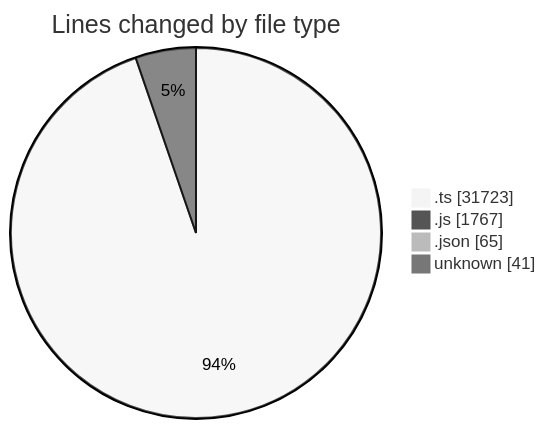
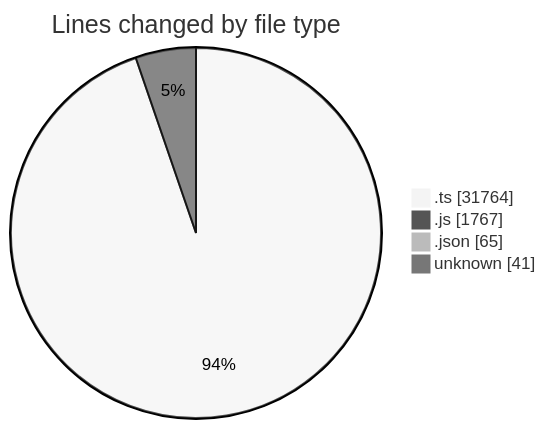
One commit to momahboobian/code-tracking changed the first of 2 diagrams in 2025-07-31/cda/README.md. Above: the diagram before and after it, drawn with Mermaid (neutral theme). The commit also changed other lines of this file and 1 other file, not shown here.

````diff
--- a/2025-07-31/cda/README.md
+++ b/2025-07-31/cda/README.md
@@ -27,8 +27,8 @@
 ```mermaid
 pie showData
 title Lines changed by file type
-".ts" : 31723
+".ts" : 31764
 ".js" : 1767
 ".json" : 65
 "unknown" : 41
 ```
````
